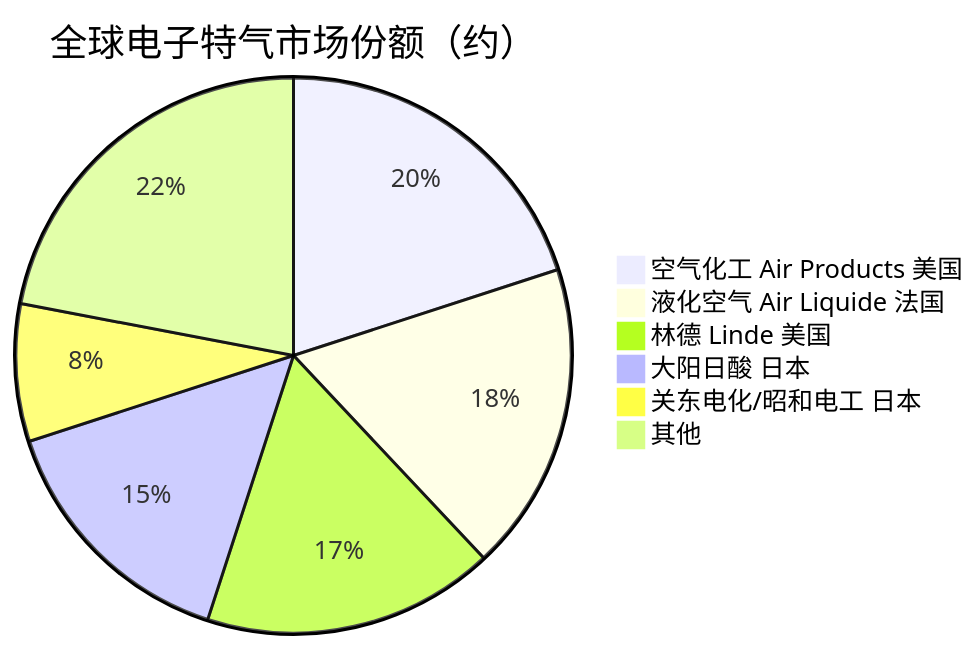
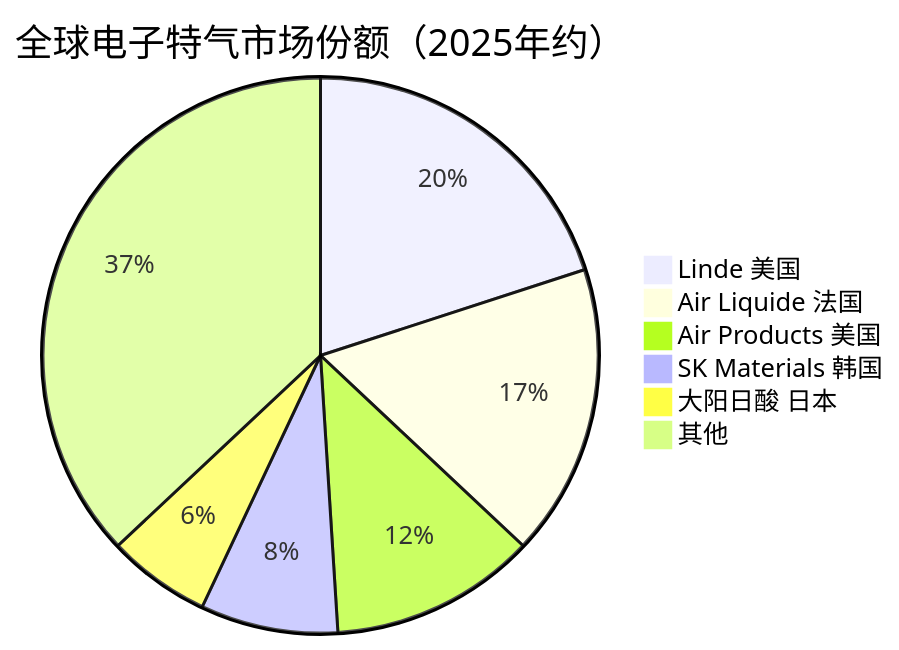
Before and after one commit to blueprint1453/industry-insight: the third of 3 diagrams in AI产业链/上游/原材料/电子特气.md, drawn with Mermaid. The commit also changed other lines of this file and 78 other files, not shown here.

````diff
--- a/AI产业链/上游/原材料/电子特气.md
+++ b/AI产业链/上游/原材料/电子特气.md
@@ -111,9 +111,9 @@
 ```mermaid
-pie title 全球电子特气市场份额（约）
-    "空气化工 Air Products 美国" : 20
-    "液化空气 Air Liquide 法国" : 18
-    "林德 Linde 美国" : 17
-    "大阳日酸 日本" : 15
-    "关东电化/昭和电工 日本" : 8
-    "其他" : 22
+pie title 全球电子特气市场份额（2025年约）
+    "Linde 美国" : 20
+    "Air Liquide 法国" : 17
+    "Air Products 美国" : 12
+    "SK Materials 韩国" : 8
+    "大阳日酸 日本" : 6
+    "其他" : 37
 ```
````
